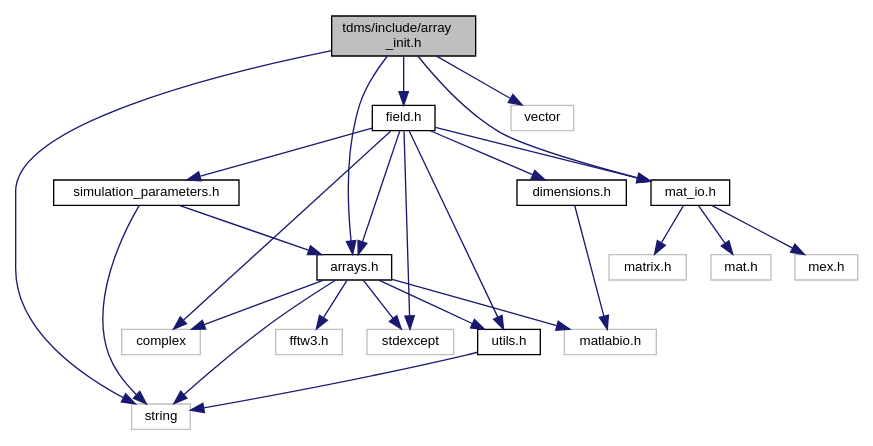
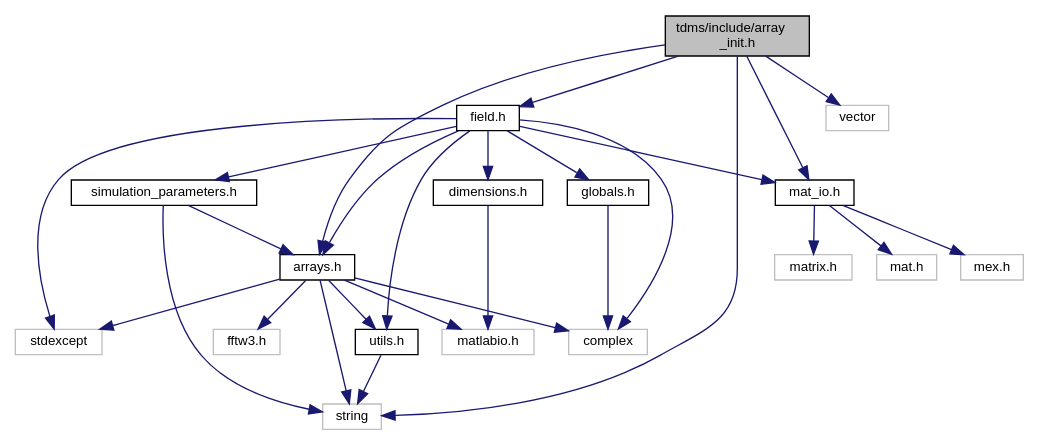
One commit to UCL/TDMS changed the diagram in array__init_8h__incl.dot. Above: the diagram before and after it, drawn with Graphviz. The commit also changed 173 other files, not shown here.

```diff
--- a/array__init_8h__incl.dot
+++ b/array__init_8h__incl.dot
@@ -1,47 +1,50 @@
 digraph "tdms/include/array_init.h"
 {
  // LATEX_PDF_SIZE
   edge [fontname="Helvetica",fontsize="10",labelfontname="Helvetica",labelfontsize="10"];
   node [fontname="Helvetica",fontsize="10",shape=record];
   Node1 [label="tdms/include/array\l_init.h",height=0.2,width=0.4,color="black", fillcolor="grey75", style="filled", fontcolor="black",tooltip="A collection of functions for array initialisation given MATLAB pointers."];
   Node1 -> Node2 [color="midnightblue",fontsize="10",style="solid",fontname="Helvetica"];
   Node2 [label="arrays.h",height=0.2,width=0.4,color="black", fillcolor="white", style="filled",URL="$arrays_8h.html",tooltip="Classes describing arrays, vertices etc."];
   Node2 -> Node3 [color="midnightblue",fontsize="10",style="solid",fontname="Helvetica"];
   Node3 [label="complex",height=0.2,width=0.4,color="grey75", fillcolor="white", style="filled",tooltip=" "];
   Node2 -> Node4 [color="midnightblue",fontsize="10",style="solid",fontname="Helvetica"];
   Node4 [label="string",height=0.2,width=0.4,color="grey75", fillcolor="white", style="filled",tooltip=" "];
   Node2 -> Node5 [color="midnightblue",fontsize="10",style="solid",fontname="Helvetica"];
   Node5 [label="fftw3.h",height=0.2,width=0.4,color="grey75", fillcolor="white", style="filled",tooltip=" "];
   Node2 -> Node6 [color="midnightblue",fontsize="10",style="solid",fontname="Helvetica"];
   Node6 [label="stdexcept",height=0.2,width=0.4,color="grey75", fillcolor="white", style="filled",tooltip=" "];
   Node2 -> Node7 [color="midnightblue",fontsize="10",style="solid",fontname="Helvetica"];
   Node7 [label="matlabio.h",height=0.2,width=0.4,color="grey75", fillcolor="white", style="filled",tooltip=" "];
   Node2 -> Node8 [color="midnightblue",fontsize="10",style="solid",fontname="Helvetica"];
   Node8 [label="utils.h",height=0.2,width=0.4,color="black", fillcolor="white", style="filled",URL="$utils_8h.html",tooltip="Useful miscellaneous utility functions."];
   Node8 -> Node4 [color="midnightblue",fontsize="10",style="solid",fontname="Helvetica"];
   Node1 -> Node9 [color="midnightblue",fontsize="10",style="solid",fontname="Helvetica"];
   Node9 [label="field.h",height=0.2,width=0.4,color="black", fillcolor="white", style="filled",URL="$field_8h.html",tooltip="Classes for the electric and magnetic (split) fields on a grid."];
   Node9 -> Node3 [color="midnightblue",fontsize="10",style="solid",fontname="Helvetica"];
   Node9 -> Node6 [color="midnightblue",fontsize="10",style="solid",fontname="Helvetica"];
   Node9 -> Node2 [color="midnightblue",fontsize="10",style="solid",fontname="Helvetica"];
   Node9 -> Node10 [color="midnightblue",fontsize="10",style="solid",fontname="Helvetica"];
   Node10 [label="dimensions.h",height=0.2,width=0.4,color="black", fillcolor="white", style="filled",URL="$dimensions_8h.html",tooltip=" "];
   Node10 -> Node7 [color="midnightblue",fontsize="10",style="solid",fontname="Helvetica"];
   Node9 -> Node11 [color="midnightblue",fontsize="10",style="solid",fontname="Helvetica"];
   Node11 [label="mat_io.h",height=0.2,width=0.4,color="black", fillcolor="white", style="filled",URL="$mat__io_8h.html",tooltip="Includes MATLAB headers for I/O."];
   Node11 -> Node12 [color="midnightblue",fontsize="10",style="solid",fontname="Helvetica"];
   Node12 [label="mat.h",height=0.2,width=0.4,color="grey75", fillcolor="white", style="filled",tooltip=" "];
   Node11 -> Node13 [color="midnightblue",fontsize="10",style="solid",fontname="Helvetica"];
   Node13 [label="mex.h",height=0.2,width=0.4,color="grey75", fillcolor="white", style="filled",tooltip=" "];
   Node11 -> Node14 [color="midnightblue",fontsize="10",style="solid",fontname="Helvetica"];
   Node14 [label="matrix.h",height=0.2,width=0.4,color="grey75", fillcolor="white", style="filled",tooltip=" "];
   Node9 -> Node15 [color="midnightblue",fontsize="10",style="solid",fontname="Helvetica"];
   Node15 [label="simulation_parameters.h",height=0.2,width=0.4,color="black", fillcolor="white", style="filled",URL="$simulation__parameters_8h.html",tooltip="Classes collecting parameters for the simulation."];
   Node15 -> Node4 [color="midnightblue",fontsize="10",style="solid",fontname="Helvetica"];
   Node15 -> Node2 [color="midnightblue",fontsize="10",style="solid",fontname="Helvetica"];
   Node9 -> Node8 [color="midnightblue",fontsize="10",style="solid",fontname="Helvetica"];
+  Node9 -> Node16 [color="midnightblue",fontsize="10",style="solid",fontname="Helvetica"];
+  Node16 [label="globals.h",height=0.2,width=0.4,color="black", fillcolor="white", style="filled",URL="$globals_8h.html",tooltip="Type definitions and global constants."];
+  Node16 -> Node3 [color="midnightblue",fontsize="10",style="solid",fontname="Helvetica"];
   Node1 -> Node11 [color="midnightblue",fontsize="10",style="solid",fontname="Helvetica"];
   Node1 -> Node4 [color="midnightblue",fontsize="10",style="solid",fontname="Helvetica"];
-  Node1 -> Node16 [color="midnightblue",fontsize="10",style="solid",fontname="Helvetica"];
-  Node16 [label="vector",height=0.2,width=0.4,color="grey75", fillcolor="white", style="filled",tooltip=" "];
+  Node1 -> Node17 [color="midnightblue",fontsize="10",style="solid",fontname="Helvetica"];
+  Node17 [label="vector",height=0.2,width=0.4,color="grey75", fillcolor="white", style="filled",tooltip=" "];
 }
```
